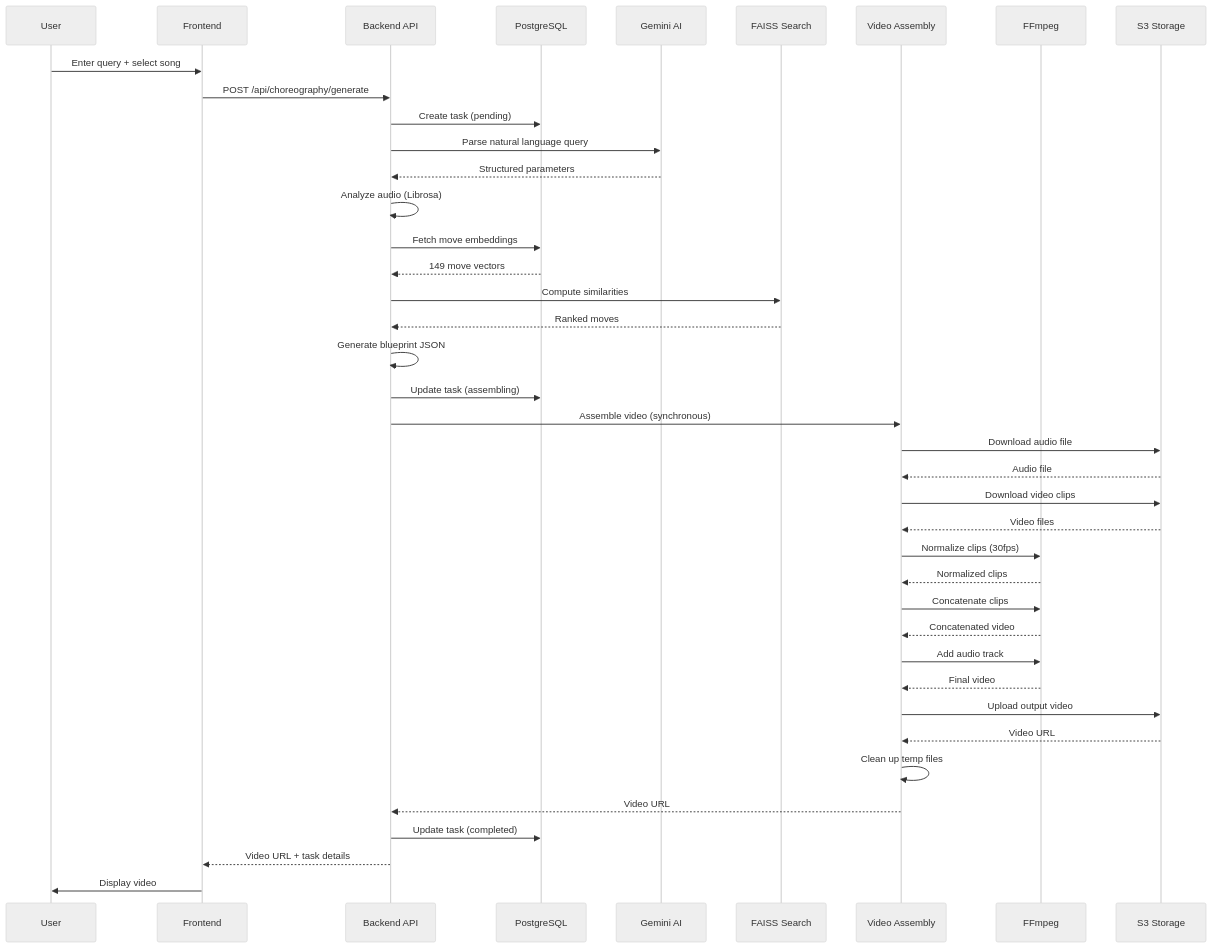
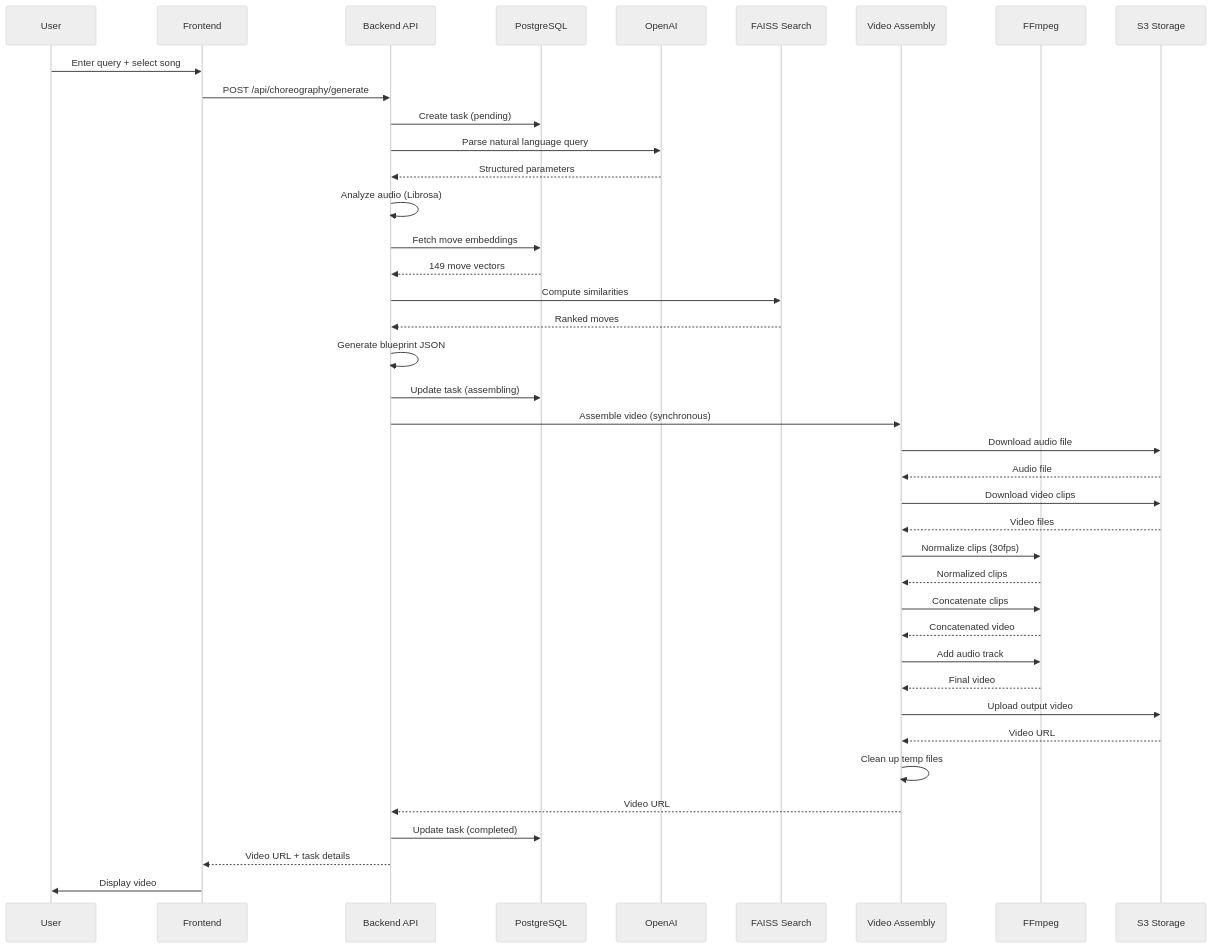
Before and after one commit to erickrex/bachata_buddy: the fifth of 6 diagrams in ARCHITECTURE.md, drawn with Mermaid (neutral theme). The commit also changed other lines of this file and 33 other files, not shown here.

````diff
--- a/ARCHITECTURE.md
+++ b/ARCHITECTURE.md
@@ -445,43 +445,43 @@
 ```mermaid
 sequenceDiagram
     participant U as User
     participant FE as Frontend
     participant BE as Backend API
     participant DB as PostgreSQL
-    participant GEMINI as Gemini AI
+    participant OPENAI as OpenAI
     participant FAISS as FAISS Search
     participant VA as Video Assembly
     participant FFmpeg as FFmpeg
     participant S3 as S3 Storage
     
     U->>FE: Enter query + select song
     FE->>BE: POST /api/choreography/generate
     BE->>DB: Create task (pending)
-    BE->>GEMINI: Parse natural language query
-    GEMINI-->>BE: Structured parameters
+    BE->>OPENAI: Parse natural language query
+    OPENAI-->>BE: Structured parameters
     BE->>BE: Analyze audio (Librosa)
     BE->>DB: Fetch move embeddings
     DB-->>BE: 149 move vectors
     BE->>FAISS: Compute similarities
     FAISS-->>BE: Ranked moves
     BE->>BE: Generate blueprint JSON
     BE->>DB: Update task (assembling)
     BE->>VA: Assemble video (synchronous)
     VA->>S3: Download audio file
     S3-->>VA: Audio file
     VA->>S3: Download video clips
     S3-->>VA: Video files
     VA->>FFmpeg: Normalize clips (30fps)
     FFmpeg-->>VA: Normalized clips
     VA->>FFmpeg: Concatenate clips
     FFmpeg-->>VA: Concatenated video
     VA->>FFmpeg: Add audio track
     FFmpeg-->>VA: Final video
     VA->>S3: Upload output video
     S3-->>VA: Video URL
     VA->>VA: Clean up temp files
     VA-->>BE: Video URL
     BE->>DB: Update task (completed)
     BE-->>FE: Video URL + task details
     FE->>U: Display video
 ```
````
